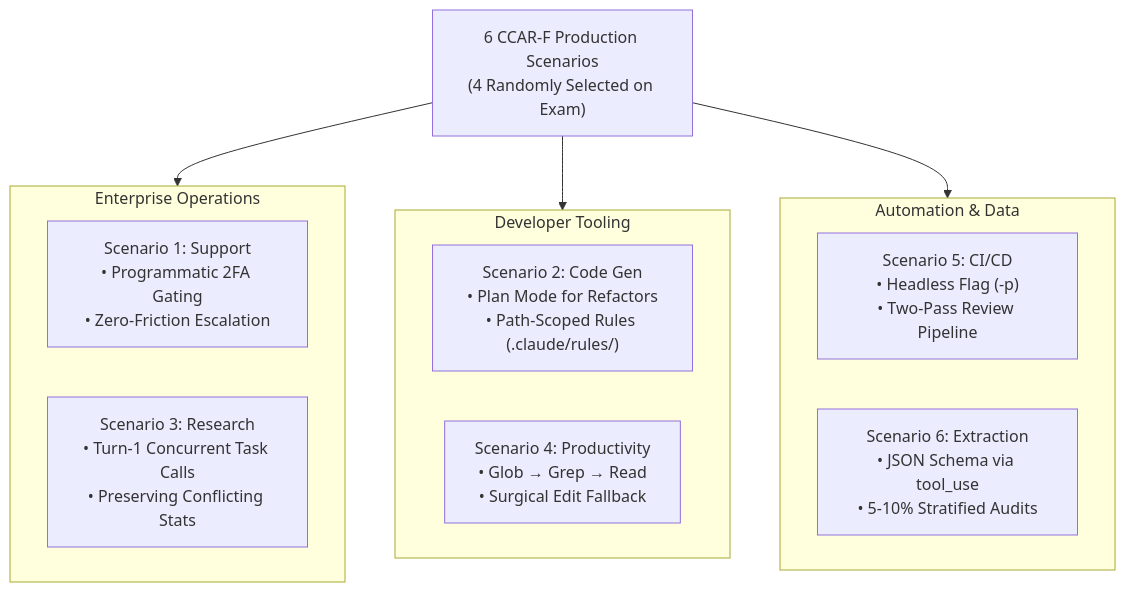
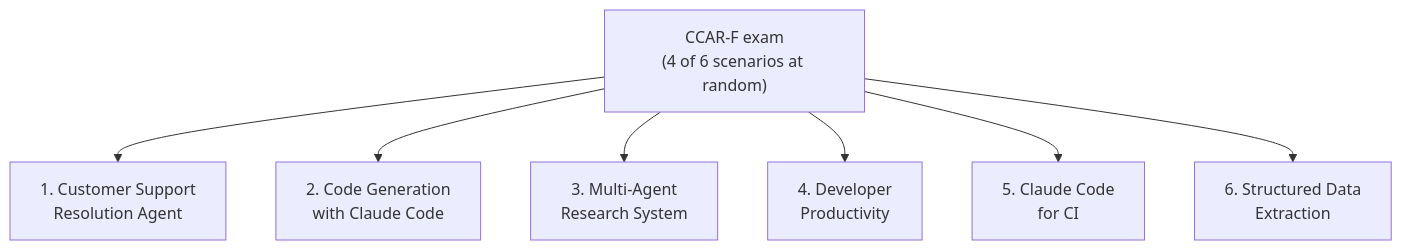
One commit to dip4k/claude_cert_architect_foundation_prep changed the diagram in scenarios/README.md. Above: the diagram before and after it, drawn with Mermaid. The commit also changed other lines of this file and 133 other files, not shown here.

First line of the commit message:
Fix exam facts, enhance domain 1-5 and scenario study material, add offline tests

````diff
--- a/scenarios/README.md
+++ b/scenarios/README.md
@@ -16,23 +17,9 @@
 ```mermaid
 flowchart TD
-    Scenarios["6 CCAR-F Production Scenarios<br>(4 Randomly Selected on Exam)"]
-    
-    subgraph Ops["Enterprise Operations"]
-        S1["Scenario 1: Support<br>• Programmatic 2FA Gating<br>• Zero-Friction Escalation"]
-        S3["Scenario 3: Research<br>• Turn-1 Concurrent Task Calls<br>• Preserving Conflicting Stats"]
-    end
-
-    subgraph Dev["Developer Tooling"]
-        S2["Scenario 2: Code Gen<br>• Plan Mode for Refactors<br>• Path-Scoped Rules (.claude/rules/)"]
-        S4["Scenario 4: Productivity<br>• Glob → Grep → Read<br>• Surgical Edit Fallback"]
-    end
-
-    subgraph Auto["Automation & Data"]
-        S5["Scenario 5: CI/CD<br>• Headless Flag (-p)<br>• Two-Pass Review Pipeline"]
-        S6["Scenario 6: Extraction<br>• JSON Schema via tool_use<br>• 5-10% Stratified Audits"]
-    end
-
-    Scenarios --> Ops
-    Scenarios --> Dev
-    Scenarios --> Auto
+    Exam["CCAR-F exam<br>(4 of 6 scenarios at random)"] --> S1["1. Customer Support<br>Resolution Agent"]
+    Exam --> S2["2. Code Generation<br>with Claude Code"]
+    Exam --> S3["3. Multi-Agent<br>Research System"]
+    Exam --> S4["4. Developer<br>Productivity"]
+    Exam --> S5["5. Claude Code<br>for CI"]
+    Exam --> S6["6. Structured Data<br>Extraction"]
 ```
````
